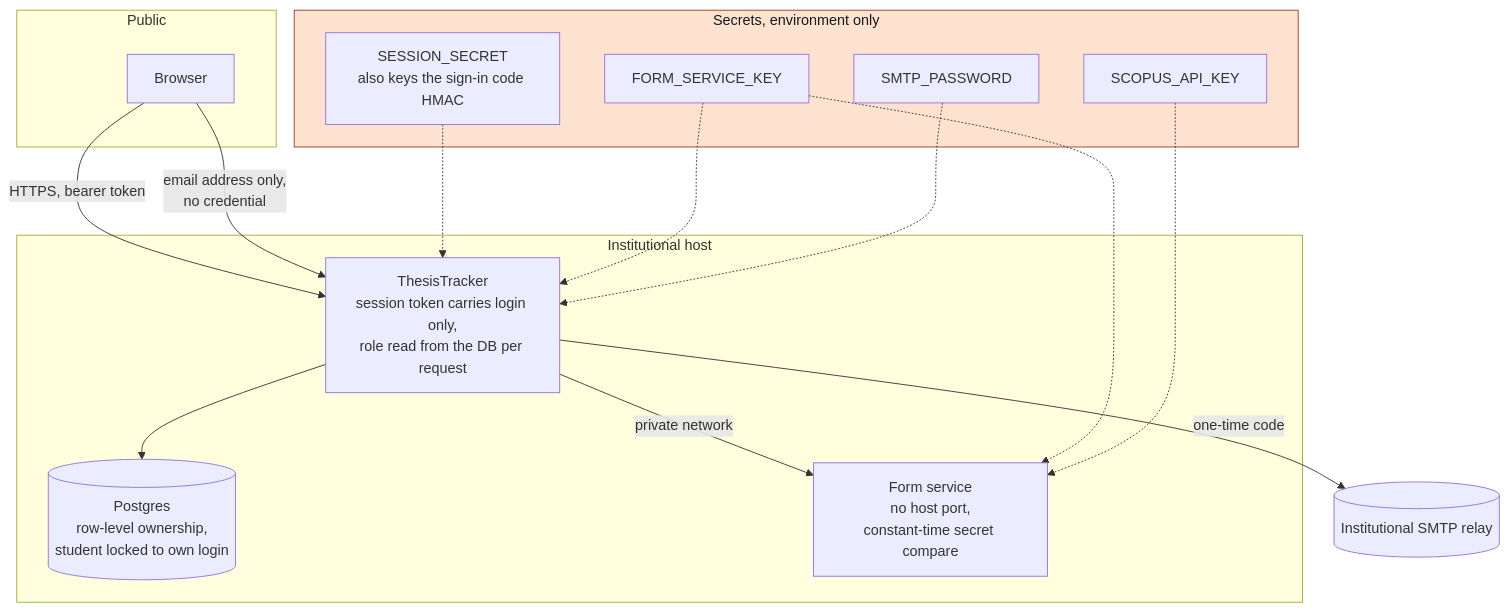
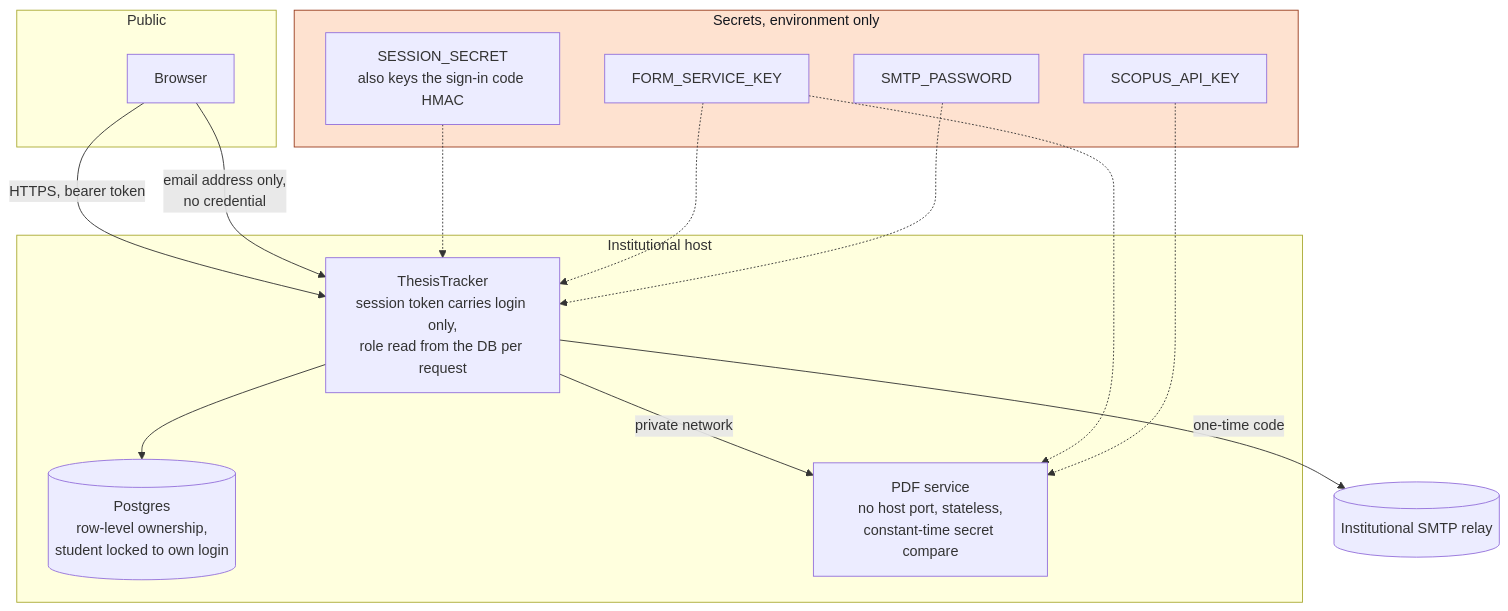
Before and after one commit to LARi-UQAC/ResearchTools: diagram 11 of 11 in NEW_ARCHITECTURE.md, drawn with Mermaid. The commit also changed other lines of this file, not shown here.

First line of the commit message:
docs: per-form workflow rules, and the corrected repository boundary

````diff
--- a/NEW_ARCHITECTURE.md
+++ b/NEW_ARCHITECTURE.md
@@ -455,32 +563,32 @@
 ```mermaid
 flowchart TB
   subgraph PUB["Public"]
     B["Browser"]
   end
   subgraph INST["Institutional host"]
     A["ThesisTracker<br/>session token carries login only,<br/>role read from the DB per request"]
     D[("Postgres<br/>row-level ownership,<br/>student locked to own login")]
-    F["Form service<br/>no host port,<br/>constant-time secret compare"]
+    F["PDF service<br/>no host port, stateless,<br/>constant-time secret compare"]
   end
   subgraph SEC["Secrets, environment only"]
     K1["SESSION_SECRET<br/>also keys the sign-in code HMAC"]
     K2["FORM_SERVICE_KEY"]
     K3["SCOPUS_API_KEY"]
     K4["SMTP_PASSWORD"]
   end
   MAIL[("Institutional SMTP relay")]
 
   B -->|"HTTPS, bearer token"| A
   B -->|"email address only,<br/>no credential"| A
   A --> D
   A -->|"private network"| F
   A -->|"one-time code"| MAIL
   K1 -.-> A
   K2 -.-> A
   K2 -.-> F
   K3 -.-> F
   K4 -.-> A
 
   classDef never fill:#FEE2D0,stroke:#993C1D,color:#14181F
   class SEC never
 ```
````
